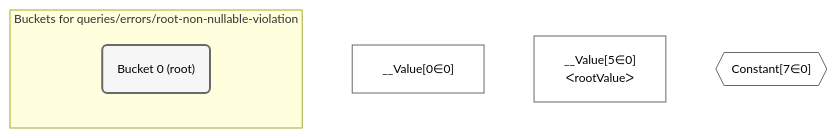
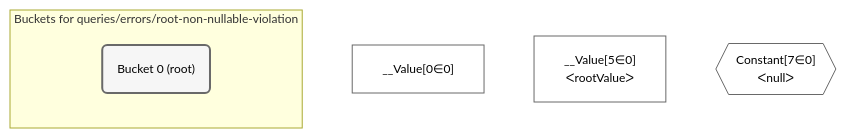
The diagram in grafast/dataplan-pg/__tests__/queries/errors/root-non-nullable-violation.deopt.mermaid (graphile/crystal), drawn with Mermaid before and after one commit. The commit also changed 209 other files, not shown here.

Commit message:
Update plan diagrams

```diff
--- a/grafast/dataplan-pg/__tests__/queries/errors/root-non-nullable-violation.deopt.mermaid
+++ b/grafast/dataplan-pg/__tests__/queries/errors/root-non-nullable-violation.deopt.mermaid
@@ -1,22 +1,22 @@
 %%{init: {'themeVariables': { 'fontSize': '12px'}}}%%
 graph TD
     classDef path fill:#eee,stroke:#000,color:#000
     classDef plan fill:#fff,stroke-width:1px,color:#000
     classDef itemplan fill:#fff,stroke-width:2px,color:#000
     classDef unbatchedplan fill:#dff,stroke-width:1px,color:#000
     classDef sideeffectplan fill:#fcc,stroke-width:2px,color:#000
     classDef bucket fill:#f6f6f6,color:#000,stroke-width:2px,text-align:left
 
 
     %% define steps
     __Value0["__Value[0∈0]"]:::plan
     __Value5["__Value[5∈0]<br />ᐸrootValueᐳ"]:::plan
-    Constant7{{"Constant[7∈0]"}}:::plan
+    Constant7{{"Constant[7∈0]<br />ᐸnullᐳ"}}:::plan
 
     %% plan dependencies
 
     subgraph "Buckets for queries/errors/root-non-nullable-violation"
     Bucket0("Bucket 0 (root)"):::bucket
     classDef bucket0 stroke:#696969
     class Bucket0,__Value0,__Value5,Constant7 bucket0
     end
```
